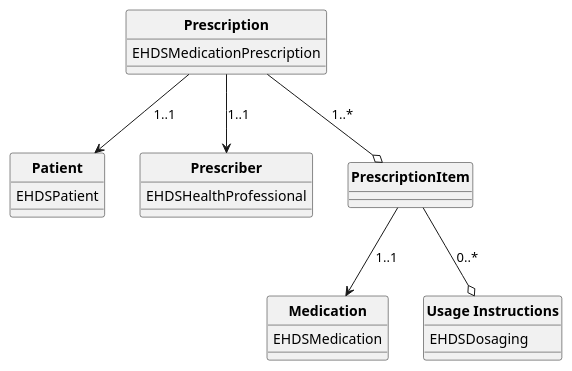
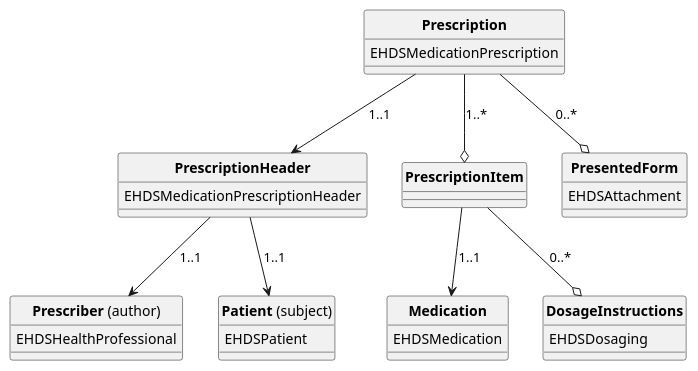
One commit to Xt-EHR/xt-ehr-common changed the diagram in input/images-source/prescription.plantuml. Above: the diagram before and after it, drawn with PlantUML. The commit also changed 3 other files, not shown here.

Commit message:
eP/eD diagram update

```diff
--- a/input/images-source/prescription.plantuml
+++ b/input/images-source/prescription.plantuml
@@ -1,41 +1,55 @@
 @startuml
 skinparam linetype polyline
 hide circle
 hide stereotype
 
 
 class "**Prescription**" as eP{
   EHDSMedicationPrescription 
 }
 
-eP --> Patient: "1..1"
-eP --> Prescriber: "1..1"
+eP --> Header: "1..1"
 eP --o Item: "1..*"
+eP --o PresentedForm: "0..*"
 
-class "**Prescriber**" as Prescriber{
+class "**Prescriber** (author)" as Prescriber{
   EHDSHealthProfessional   
   
 }
 
-class "**Patient**" as Patient{
+class "**Patient** (subject)" as Patient{
   EHDSPatient   
 
 }
+
+class "**PrescriptionHeader**" as Header{
+  EHDSMedicationPrescriptionHeader   
+
+}
+
+Header --> Prescriber: "1..1"
+Header --> Patient: "1..1"
+
 
 class "**PrescriptionItem**" as Item{ 
 }
 
 Item --> Medication: "1..1"
 Item --o Dosage: "0..*"
 
 
-class "**Usage Instructions**" as Dosage{
+class "**DosageInstructions**" as Dosage{
   EHDSDosaging   
  
 }
 
 class "**Medication**" as Medication{
   EHDSMedication
  
 }
+
+class "**PresentedForm**" as PresentedForm{
+  EHDSAttachment   
+ 
+}
 @enduml
```
